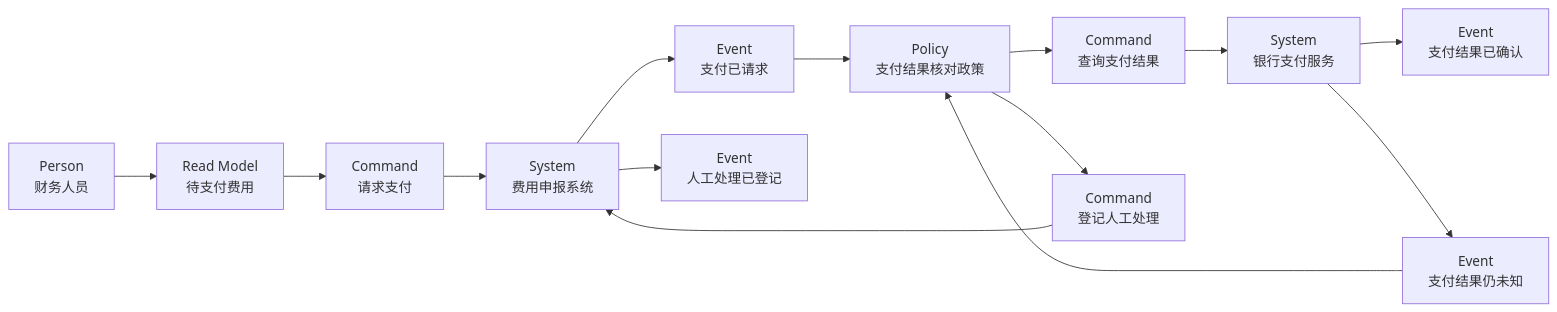
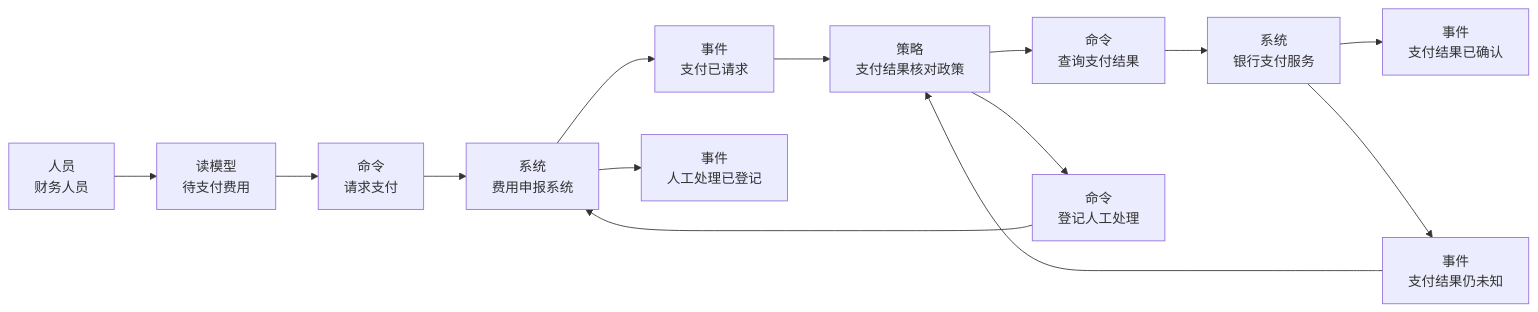
One commit to sealday/tego-arch changed the diagram in content/modeling/mod-09-eventstorming.mdx. Above: the diagram before and after it, drawn with Mermaid. The commit also changed other lines of this file and 68 other files, not shown here.

Commit message:
refactor(content): standardize architecture terminology

````diff
--- a/content/modeling/mod-09-eventstorming.mdx
+++ b/content/modeling/mod-09-eventstorming.mdx
@@ -115,16 +120,16 @@
 ```mermaid
 flowchart LR
-  finance_person["Person<br/>财务人员"] --> pending_read_model["Read Model<br/>待支付费用"]
-  pending_read_model --> request_payment["Command<br/>请求支付"]
-  request_payment --> expense_system["System<br/>费用申报系统"]
-  expense_system --> payment_requested["Event<br/>支付已请求"]
-  payment_requested --> payment_result_policy["Policy<br/>支付结果核对政策"]
-  payment_result_policy --> query_payment["Command<br/>查询支付结果"]
-  query_payment --> bank_payment_service["System<br/>银行支付服务"]
-  bank_payment_service --> payment_confirmed["Event<br/>支付结果已确认"]
-  bank_payment_service --> payment_unknown["Event<br/>支付结果仍未知"]
+  finance_person["人员<br/>财务人员"] --> pending_read_model["读模型<br/>待支付费用"]
+  pending_read_model --> request_payment["命令<br/>请求支付"]
+  request_payment --> expense_system["系统<br/>费用申报系统"]
+  expense_system --> payment_requested["事件<br/>支付已请求"]
+  payment_requested --> payment_result_policy["策略<br/>支付结果核对政策"]
+  payment_result_policy --> query_payment["命令<br/>查询支付结果"]
+  query_payment --> bank_payment_service["系统<br/>银行支付服务"]
+  bank_payment_service --> payment_confirmed["事件<br/>支付结果已确认"]
+  bank_payment_service --> payment_unknown["事件<br/>支付结果仍未知"]
   payment_unknown --> payment_result_policy
-  payment_result_policy --> register_manual["Command<br/>登记人工处理"]
+  payment_result_policy --> register_manual["命令<br/>登记人工处理"]
   register_manual --> expense_system
-  expense_system --> manual_registered["Event<br/>人工处理已登记"]
+  expense_system --> manual_registered["事件<br/>人工处理已登记"]
 ```
````
